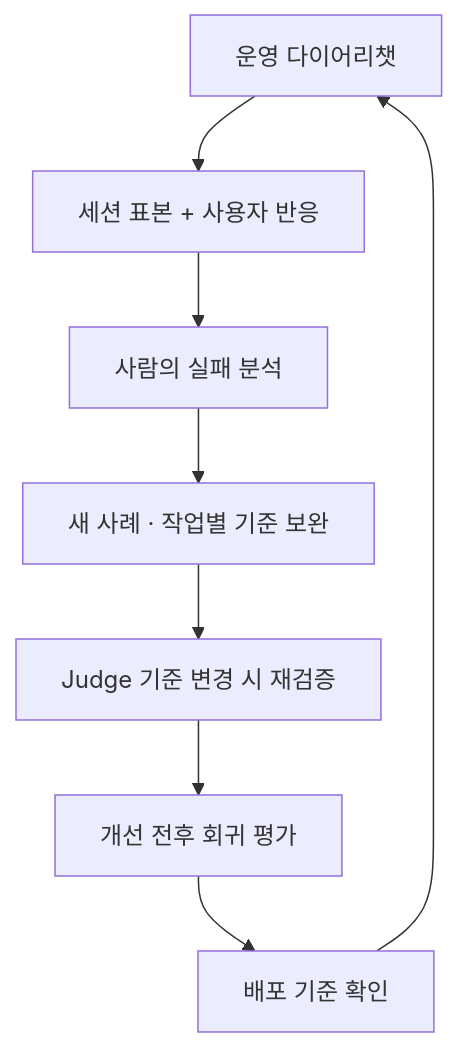
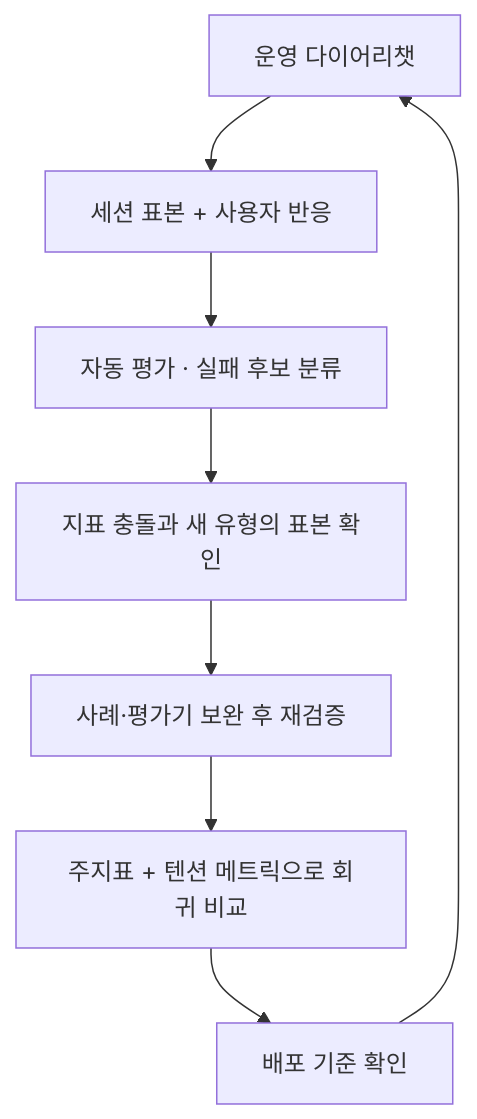
The third of 3 diagrams in _posts/2026-10-05-evaluating-new-agent-applications.md (haandol/haandol.github.com), drawn with Mermaid before and after one commit. The commit also changed other lines of this file and 1 other file, not shown here.

````diff
--- a/_posts/2026-10-05-evaluating-new-agent-applications.md
+++ b/_posts/2026-10-05-evaluating-new-agent-applications.md
@@ -329,10 +386,10 @@
 ```mermaid
 flowchart TD
     A["운영 다이어리챗"] --> B["세션 표본 + 사용자 반응"]
-    B --> C["사람의 실패 분석"]
-    C --> D["새 사례 · 작업별 기준 보완"]
-    D --> E["Judge 기준 변경 시 재검증"]
-    E --> F["개선 전후 회귀 평가"]
+    B --> C["자동 평가 · 실패 후보 분류"]
+    C --> D["지표 충돌과 새 유형의 표본 확인"]
+    D --> E["사례·평가기 보완 후 재검증"]
+    E --> F["주지표 + 텐션 메트릭으로 회귀 비교"]
     F --> G["배포 기준 확인"]
     G --> A
 ```
````
